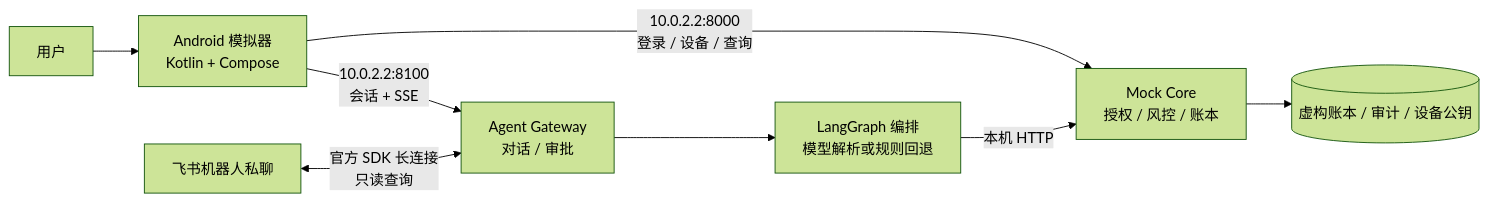
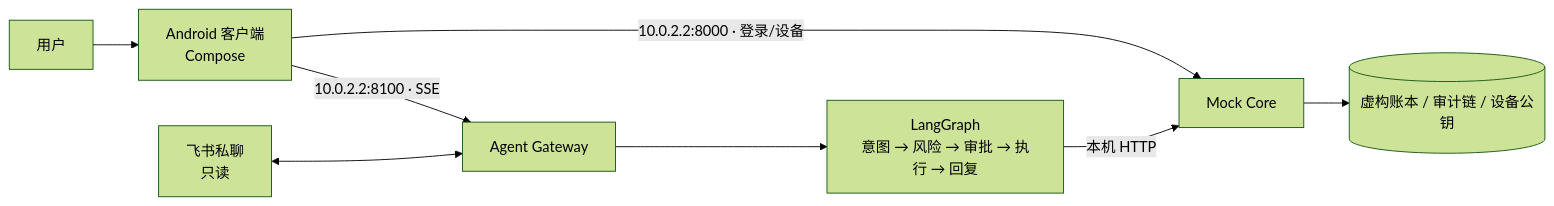
One commit to Zagadka-3906/ai-banking-agent changed the diagram in README.md. Above: the diagram before and after it, drawn with Mermaid (forest theme). The commit also changed other lines of this file and 126 other files, not shown here.

````diff
--- a/README.md
+++ b/README.md
@@ -40,10 +37,10 @@
 ```mermaid
 flowchart LR
-    U[用户] --> A[Android 模拟器<br/>Kotlin + Compose]
-    A -->|10.0.2.2:8100<br/>会话 + SSE| G[Agent Gateway<br/>对话 / 审批]
-    A -->|10.0.2.2:8000<br/>登录 / 设备 / 查询| C[Mock Core<br/>授权 / 风控 / 账本]
-    F[飞书机器人私聊] <-->|官方 SDK 长连接<br/>只读查询| G
-    G --> P[LangGraph 编排<br/>模型解析或规则回退]
+    U[用户] --> A[Android 客户端<br/>Compose]
+    A -->|10.0.2.2:8100 · SSE| G[Agent Gateway]
+    A -->|10.0.2.2:8000 · 登录/设备| C[Mock Core]
+    F[飞书私聊<br/>只读] <--> G
+    G --> P[LangGraph<br/>意图 → 风险 → 审批 → 执行 → 回复]
     P -->|本机 HTTP| C
-    C --> L[(虚构账本 / 审计 / 设备公钥)]
+    C --> L[(虚构账本 / 审计链 / 设备公钥)]
 ```
````
